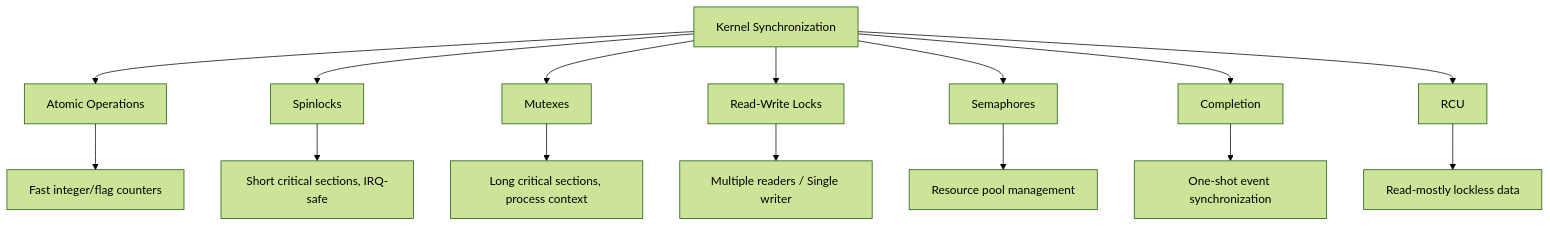
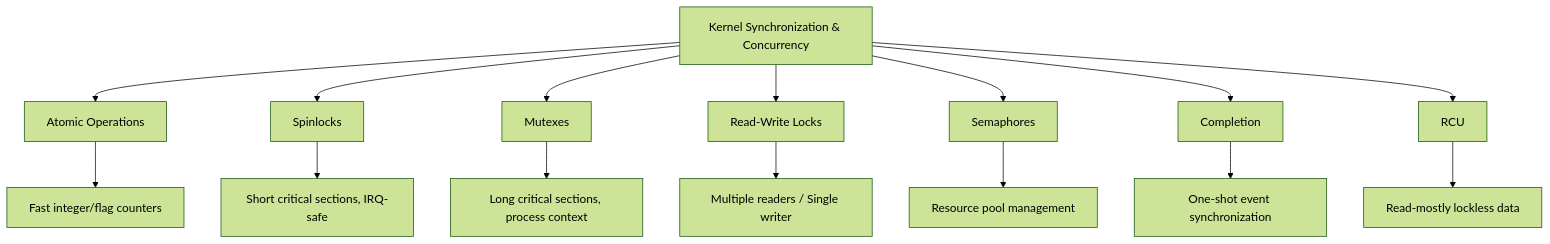
One commit to shibinkr/Linux_Kernel_doc changed the diagram in Chapter_9.md. Above: the diagram before and after it, drawn with Mermaid (forest theme). The commit also changed other lines of this file and 1 other file, not shown here.

````diff
--- a/Chapter_9.md
+++ b/Chapter_9.md
@@ -305,31 +356,28 @@
 ```mermaid
-flowchart TB
-A[Kernel Synchronization]
+flowchart TD
+A["Kernel Synchronization & Concurrency"]
 
-
-B[Atomic Operations]
-C[Spinlocks]
-D[Mutexes]
-E[Read-Write Locks]
-F[Semaphores]
-G[Completion]
-H[RCU]
-
+B["Atomic Operations"]
+C["Spinlocks"]
+D["Mutexes"]
+E["Read-Write Locks"]
+F["Semaphores"]
+G["Completion"]
+H["RCU"]
 
 A --> B
 A --> C
 A --> D
 A --> E
 A --> F
 A --> G
 A --> H
 
-
-B --> B1[Fast integer/flag counters]
-C --> C1[Short critical sections, IRQ-safe]
-D --> D1[Long critical sections, process context]
-E --> E1[Multiple readers / Single writer]
-F --> F1[Resource pool management]
-G --> G1[One-shot event synchronization]
-H --> H1[Read-mostly lockless data]
+B --> B1["Fast integer/flag counters"]
+C --> C1["Short critical sections, IRQ-safe"]
+D --> D1["Long critical sections, process context"]
+E --> E1["Multiple readers / Single writer"]
+F --> F1["Resource pool management"]
+G --> G1["One-shot event synchronization"]
+H --> H1["Read-mostly lockless data"]
 ```
````
